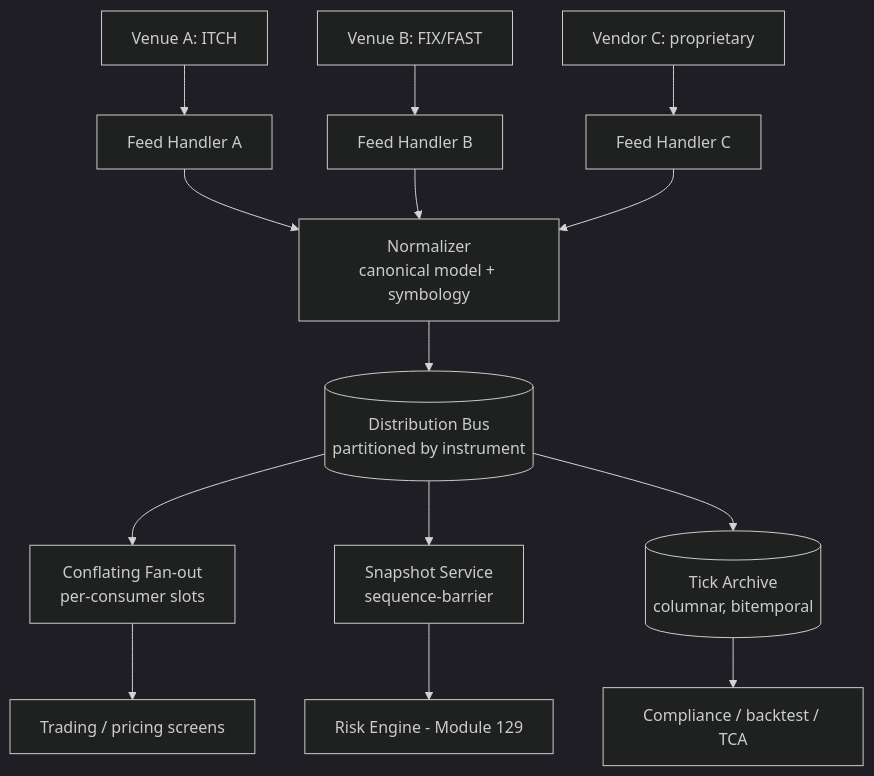
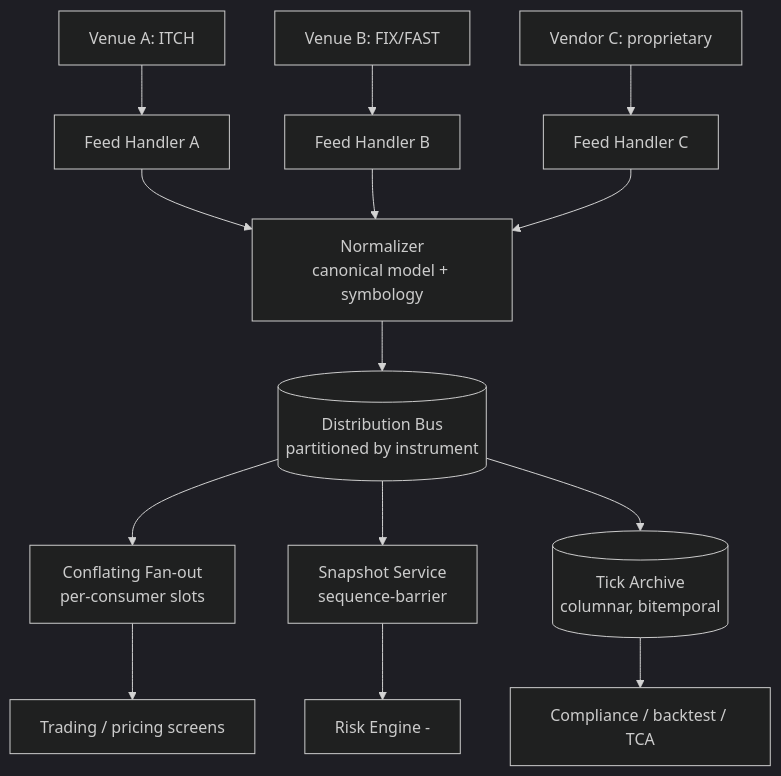
The first of 4 diagrams in 14-System-Design/10-Designing-Market-Data-Distribution-Platform.md (umashankarp/InterviewQuestions), drawn with Mermaid (dark theme) before and after one commit. The commit also changed other lines of this file and 173 other files, not shown here.

````diff
--- a/14-System-Design/10-Designing-Market-Data-Distribution-Platform.md
+++ b/14-System-Design/10-Designing-Market-Data-Distribution-Platform.md
@@ -68,16 +68,16 @@
 ```mermaid
 graph TB
-    V1[Venue A: ITCH] --> FH1[Feed Handler A]
-    V2[Venue B: FIX/FAST] --> FH2[Feed Handler B]
-    V3[Vendor C: proprietary] --> FH3[Feed Handler C]
-    FH1 --> NORM[Normalizer<br/>canonical model + symbology]
-    FH2 --> NORM
-    FH3 --> NORM
-    NORM --> BUS[(Distribution Bus<br/>partitioned by instrument)]
-    BUS --> CONF[Conflating Fan-out<br/>per-consumer slots]
-    BUS --> SNAP[Snapshot Service<br/>sequence-barrier]
-    BUS --> ARCH[(Tick Archive<br/>columnar, bitemporal)]
-    CONF --> TRADE[Trading / pricing screens]
-    SNAP --> RISK[Risk Engine - Module 129]
-    ARCH --> COMP[Compliance / backtest / TCA]
+ V1[Venue A: ITCH] --> FH1[Feed Handler A]
+ V2[Venue B: FIX/FAST] --> FH2[Feed Handler B]
+ V3[Vendor C: proprietary] --> FH3[Feed Handler C]
+ FH1 --> NORM[Normalizer<br/>canonical model + symbology]
+ FH2 --> NORM
+ FH3 --> NORM
+ NORM --> BUS[(Distribution Bus<br/>partitioned by instrument)]
+ BUS --> CONF[Conflating Fan-out<br/>per-consumer slots]
+ BUS --> SNAP[Snapshot Service<br/>sequence-barrier]
+ BUS --> ARCH[(Tick Archive<br/>columnar, bitemporal)]
+ CONF --> TRADE[Trading / pricing screens]
+ SNAP --> RISK[Risk Engine -]
+ ARCH --> COMP[Compliance / backtest / TCA]
 ```
````
